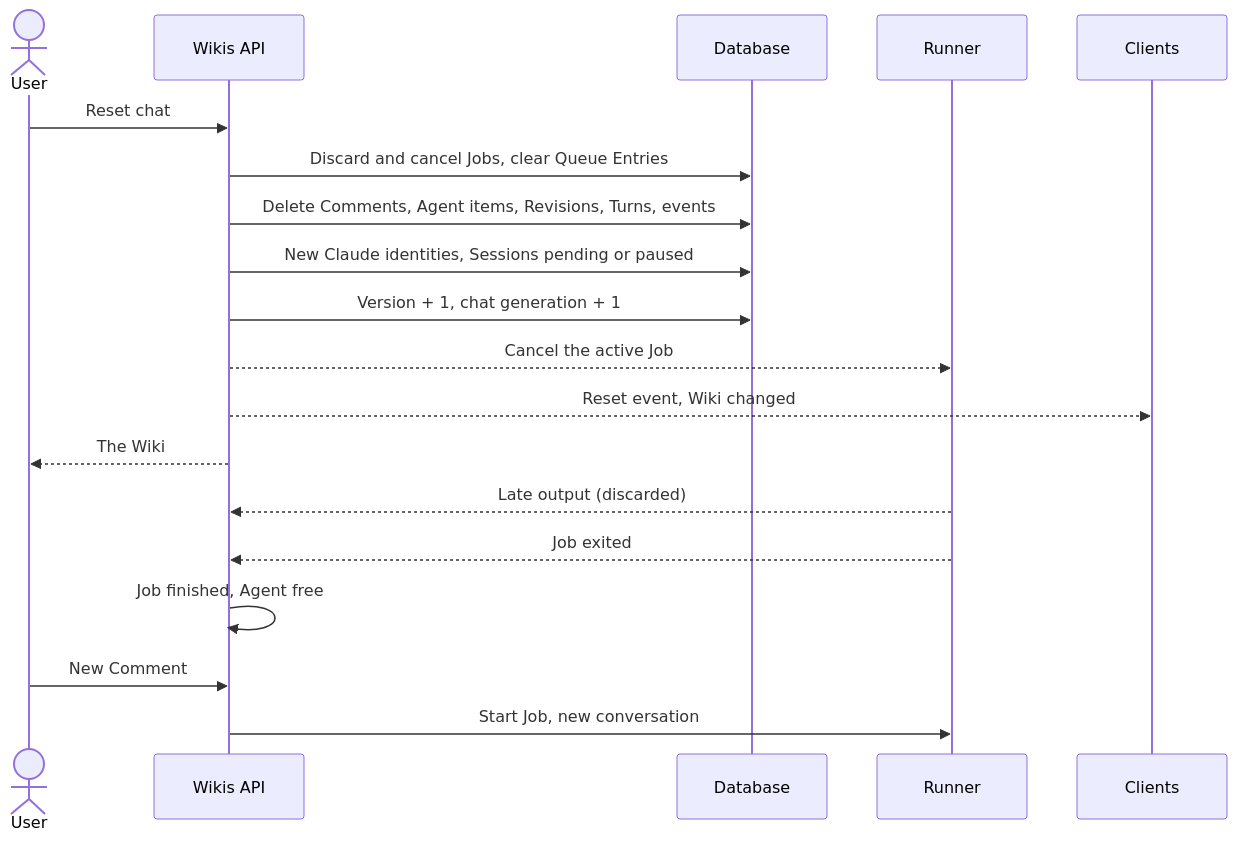
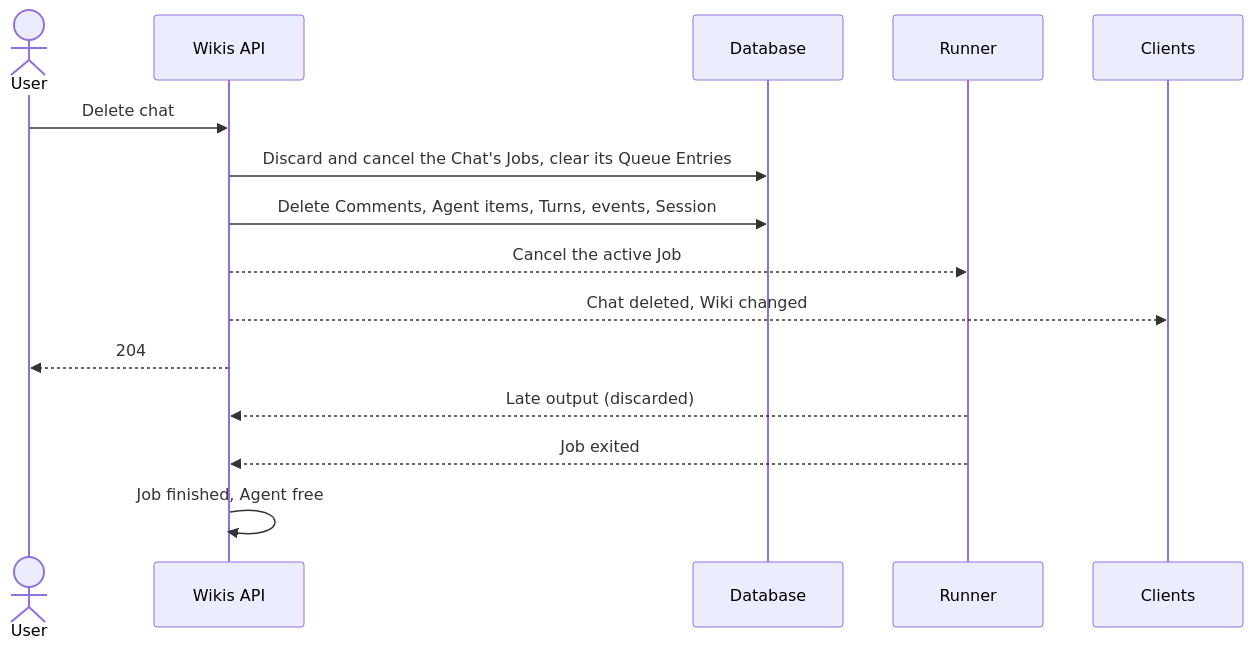
One commit to mceck/claude-task changed the first of 2 diagrams in docs/specs/wikis.md. Above: the diagram before and after it, drawn with Mermaid. The commit also changed other lines of this file and 36 other files, not shown here.

````diff
--- a/docs/specs/wikis.md
+++ b/docs/specs/wikis.md
@@ -96,21 +115,17 @@
 ```mermaid
 sequenceDiagram
   actor U as User
   participant W as Wikis API
   participant DB as Database
   participant R as Runner
   participant C as Clients
-  U->>W: Reset chat
-  W->>DB: Discard and cancel Jobs, clear Queue Entries
-  W->>DB: Delete Comments, Agent items, Revisions, Turns, events
-  W->>DB: New Claude identities, Sessions pending or paused
-  W->>DB: Version + 1, chat generation + 1
+  U->>W: Delete chat
+  W->>DB: Discard and cancel the Chat's Jobs, clear its Queue Entries
+  W->>DB: Delete Comments, Agent items, Turns, events, Session
   W-->>R: Cancel the active Job
-  W-->>C: Reset event, Wiki changed
-  W-->>U: The Wiki
+  W-->>C: Chat deleted, Wiki changed
+  W-->>U: 204
   R-->>W: Late output (discarded)
   R-->>W: Job exited
   W->>W: Job finished, Agent free
-  U->>W: New Comment
-  W->>R: Start Job, new conversation
 ```
````
